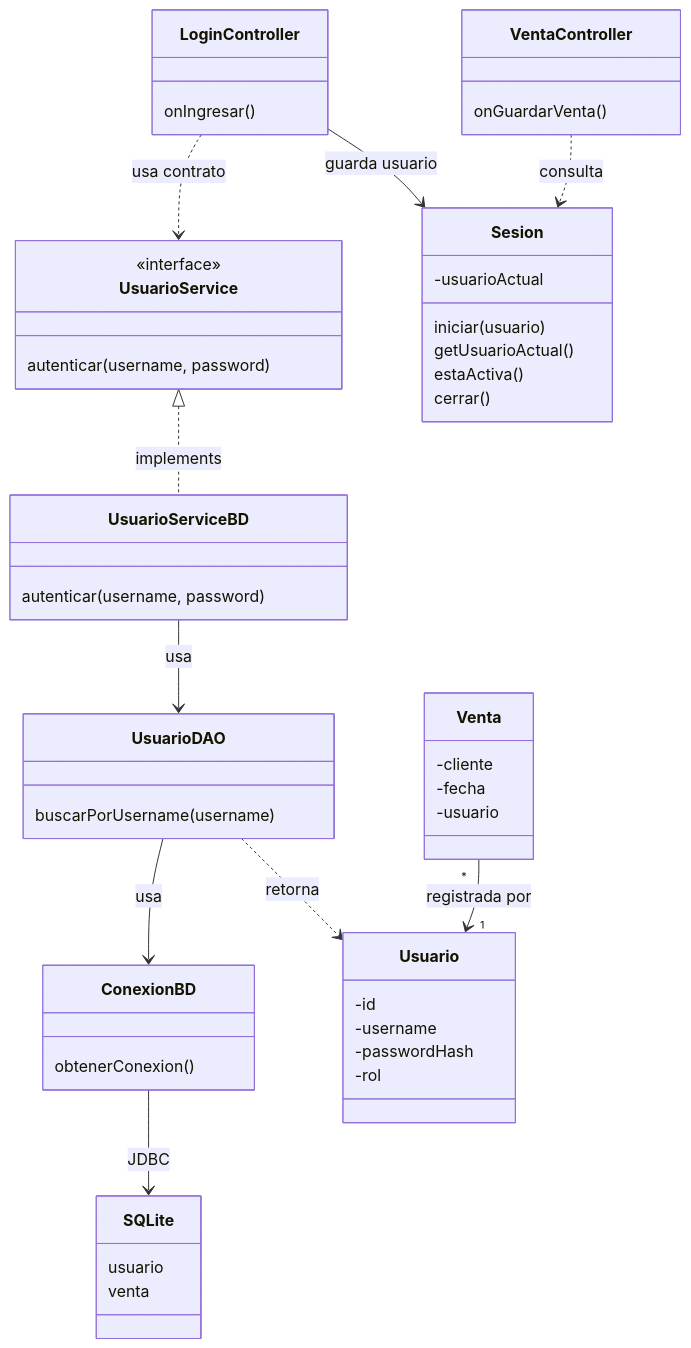
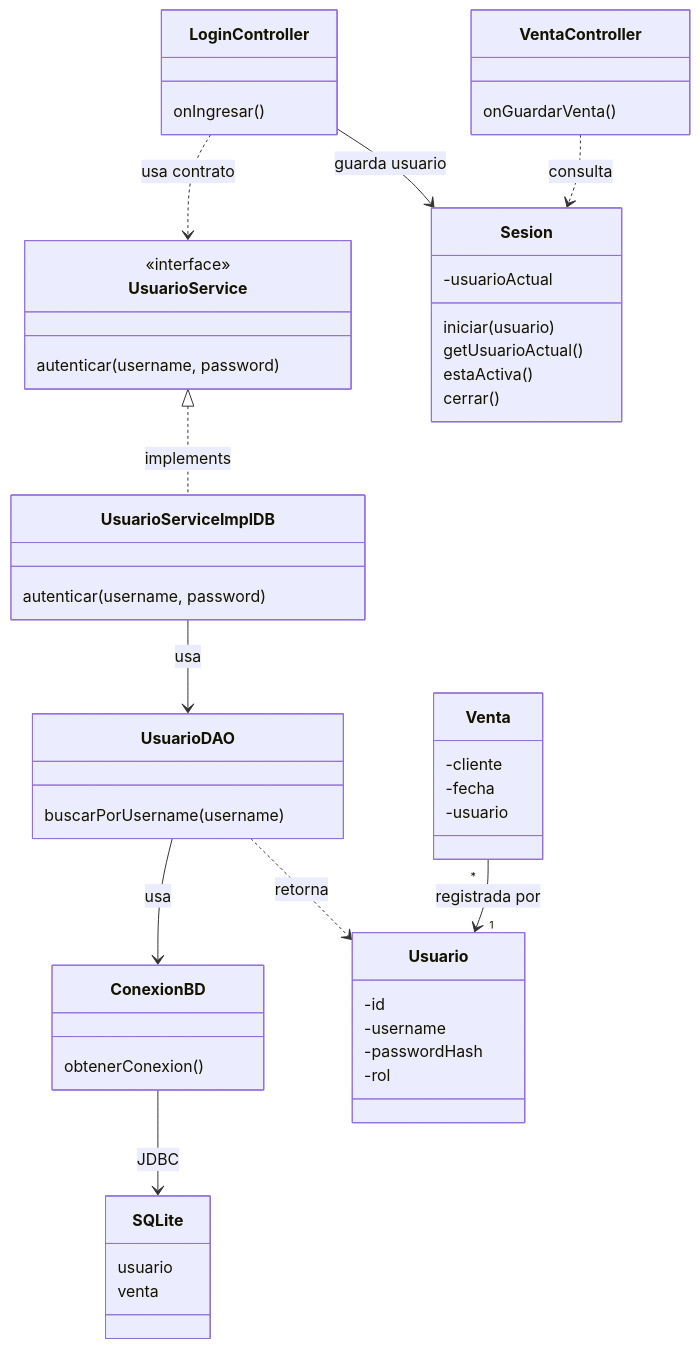
Before and after one commit to 262poo/comarket: the diagram in docs/S10_Seguridad_Relacion_Uno_Muchos.md, drawn with Mermaid. The commit also changed other lines of this file and 36 other files, not shown here.

````diff
--- a/docs/S10_Seguridad_Relacion_Uno_Muchos.md
+++ b/docs/S10_Seguridad_Relacion_Uno_Muchos.md
@@ -65,63 +66,63 @@
 ```mermaid
 classDiagram
     class LoginController {
         onIngresar()
     }
 
     class VentaController {
         onGuardarVenta()
     }
 
     class UsuarioService {
         <<interface>>
         autenticar(username, password)
     }
 
-    class UsuarioServiceBD {
+    class UsuarioServiceImplDB {
         autenticar(username, password)
     }
 
     class UsuarioDAO {
         buscarPorUsername(username)
     }
 
     class ConexionBD {
         obtenerConexion()
     }
 
     class SQLite {
         usuario
         venta
     }
 
     class Sesion {
         -usuarioActual
         iniciar(usuario)
         getUsuarioActual()
         estaActiva()
         cerrar()
     }
 
     class Usuario {
         -id
         -username
         -passwordHash
         -rol
     }
 
     class Venta {
         -cliente
         -fecha
         -usuario
     }
 
     LoginController ..> UsuarioService : usa contrato
-    UsuarioService <|.. UsuarioServiceBD : implements
-    UsuarioServiceBD --> UsuarioDAO : usa
+    UsuarioService <|.. UsuarioServiceImplDB : implements
+    UsuarioServiceImplDB --> UsuarioDAO : usa
     UsuarioDAO --> ConexionBD : usa
     ConexionBD --> SQLite : JDBC
     UsuarioDAO ..> Usuario : retorna
     LoginController --> Sesion : guarda usuario
     VentaController ..> Sesion : consulta
     Venta "*" --> "1" Usuario : registrada por
 ```
````
